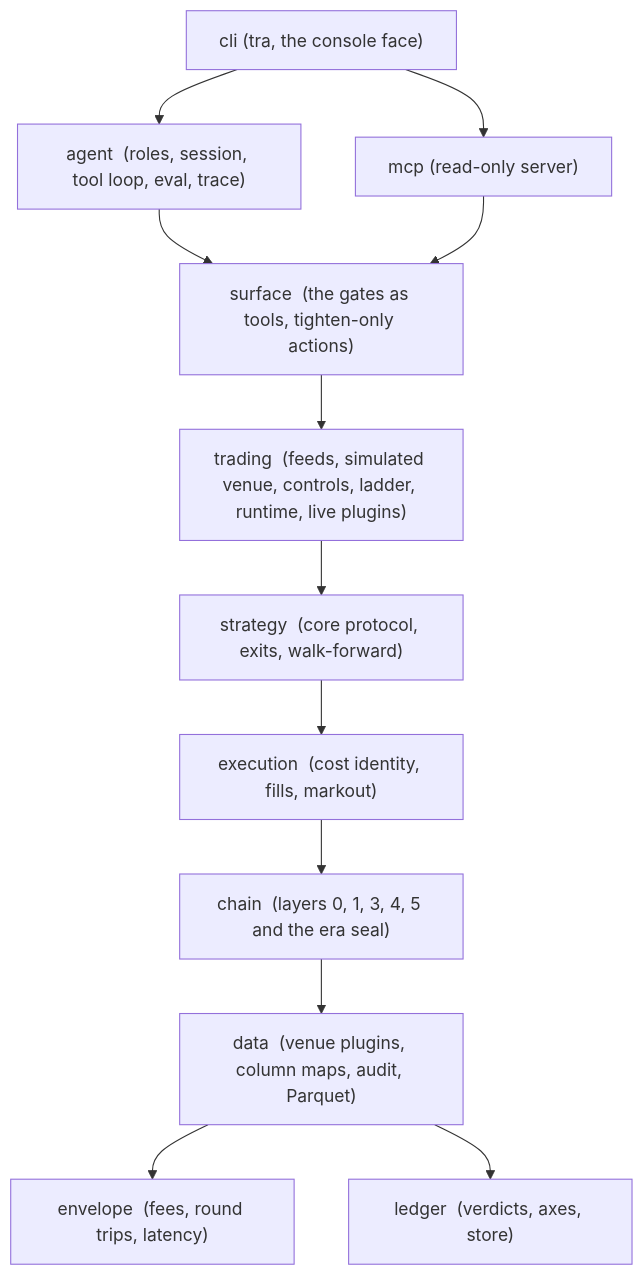
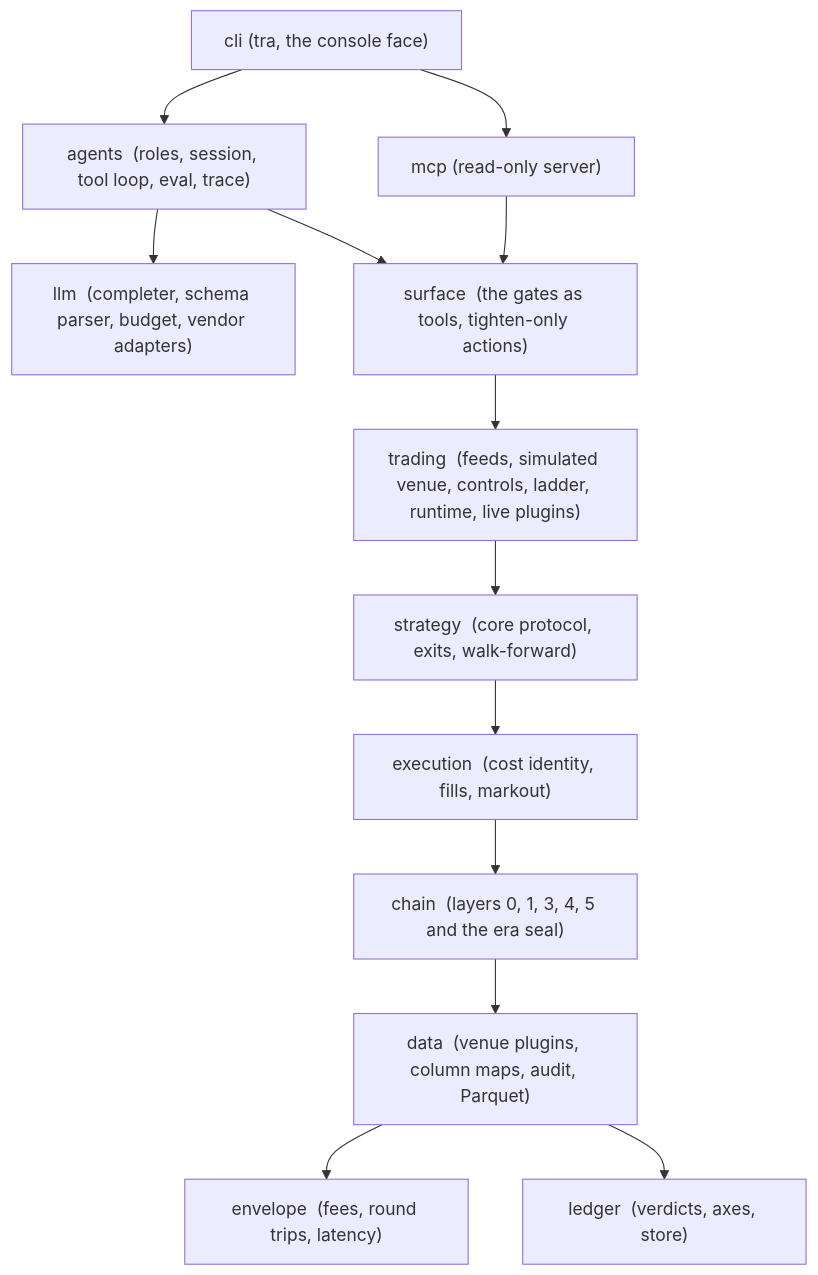
The second of 2 diagrams in README.md (BijectiveLabs/bitra), drawn with Mermaid before and after one commit. The commit also changed other lines of this file, not shown here.

````diff
--- a/README.md
+++ b/README.md
@@ -96,14 +99,15 @@
 ```mermaid
 flowchart TB
-    cli["cli  (tra, the console face)"] --> agent["agent  (roles, session, tool loop, eval, trace)"]
+    cli["cli  (tra, the console face)"] --> agents["agents  (roles, session, tool loop, eval, trace)"]
     cli --> mcp["mcp  (read-only server)"]
-    agent --> surface["surface  (the gates as tools, tighten-only actions)"]
+    agents --> llm["llm  (completer, schema parser, budget, vendor adapters)"]
+    agents --> surface["surface  (the gates as tools, tighten-only actions)"]
     mcp --> surface
     surface --> trading["trading  (feeds, simulated venue, controls, ladder, runtime, live plugins)"]
     trading --> strategy["strategy  (core protocol, exits, walk-forward)"]
     strategy --> execution["execution  (cost identity, fills, markout)"]
     execution --> chain["chain  (layers 0, 1, 3, 4, 5 and the era seal)"]
     chain --> data["data  (venue plugins, column maps, audit, Parquet)"]
     data --> envelope["envelope  (fees, round trips, latency)"]
     data --> ledger["ledger  (verdicts, axes, store)"]
 ```
````
